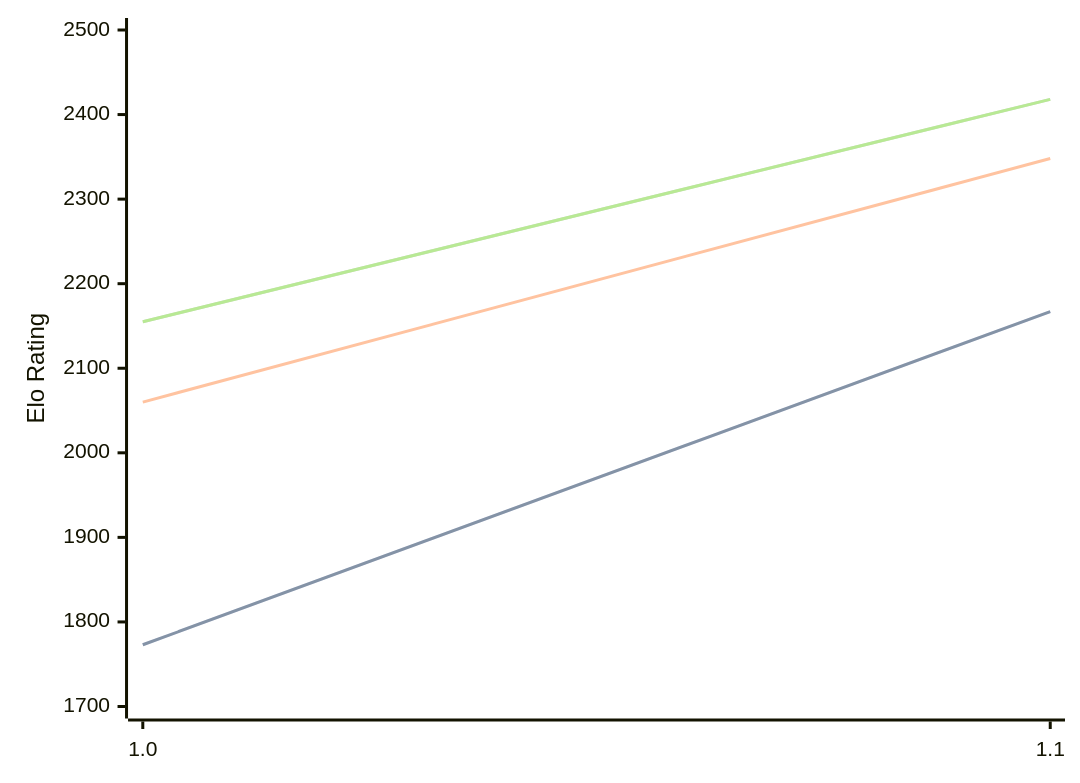
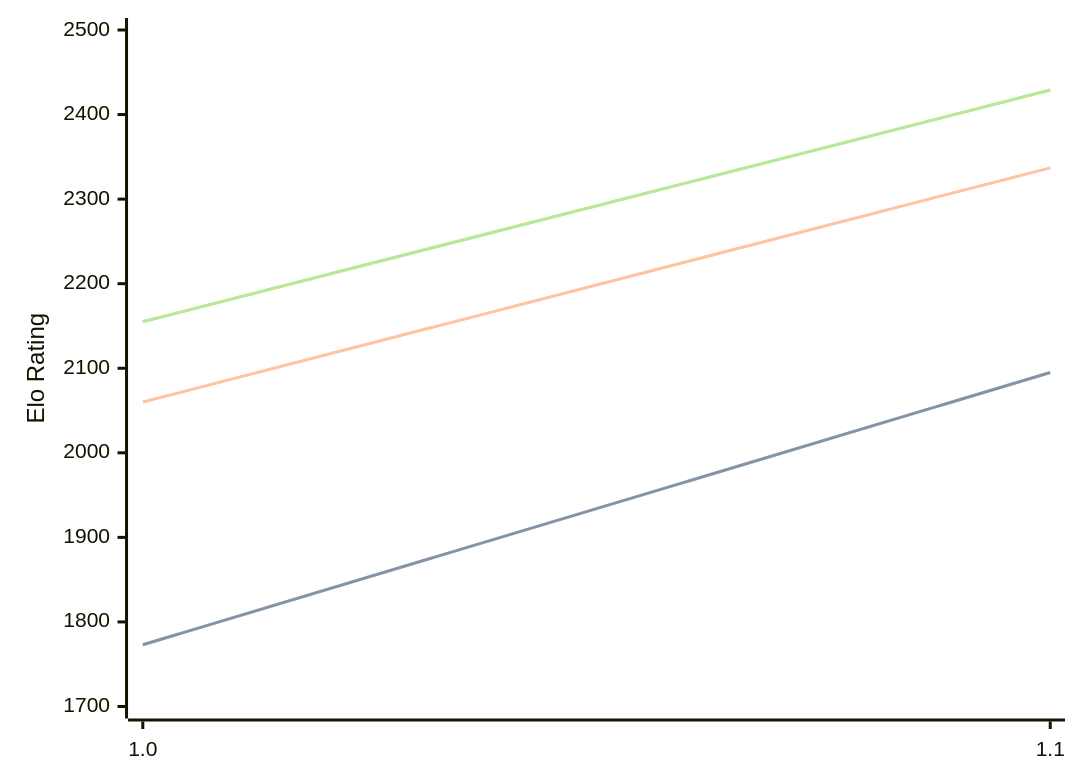
Before and after one commit to computer-chess-index/cci: the diagram in engines/Echekinator.md, drawn with Mermaid. The commit also changed other lines of this file, not shown here.

Commit message:
Update CCI Ratings (ELO VLTC) - 2026-10-08

````diff
--- a/engines/Echekinator.md
+++ b/engines/Echekinator.md
@@ -32,11 +32,11 @@
 ```mermaid
 %%{init: {"theme":"base","themeVariables":{"seriesColors:['#a3a3a3','#222221','#faa371']}}}%%
 xychart-beta
   x-axis ["1.0", "1.1"]
   y-axis "Elo Rating" 1700 --> 2500
-  line "" [1773, 2167]
-  line "STC (8.0+0.08s)" [1773, 2167]
-  line "LTC (60.0+0.60s)" [2060, 2348]
-  line "" [2155, 2418]
-  line "VLTC (2m24s+1.12s)" [2155, 2418]
+  line "" [1773, 2095]
+  line "STC (8.0+0.08s)" [1773, 2095]
+  line "LTC (60.0+0.60s)" [2060, 2337]
+  line "" [2155, 2429]
+  line "VLTC (2m24s+1.12s)" [2155, 2429]
 ```
````
